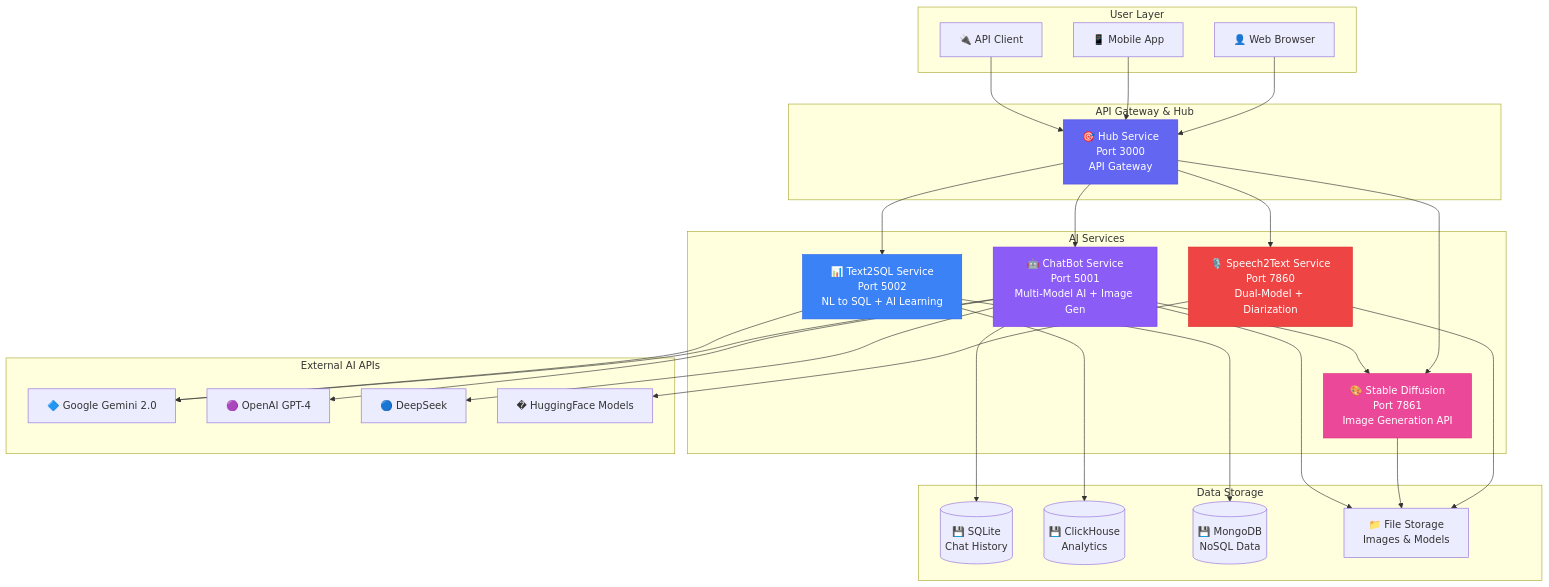
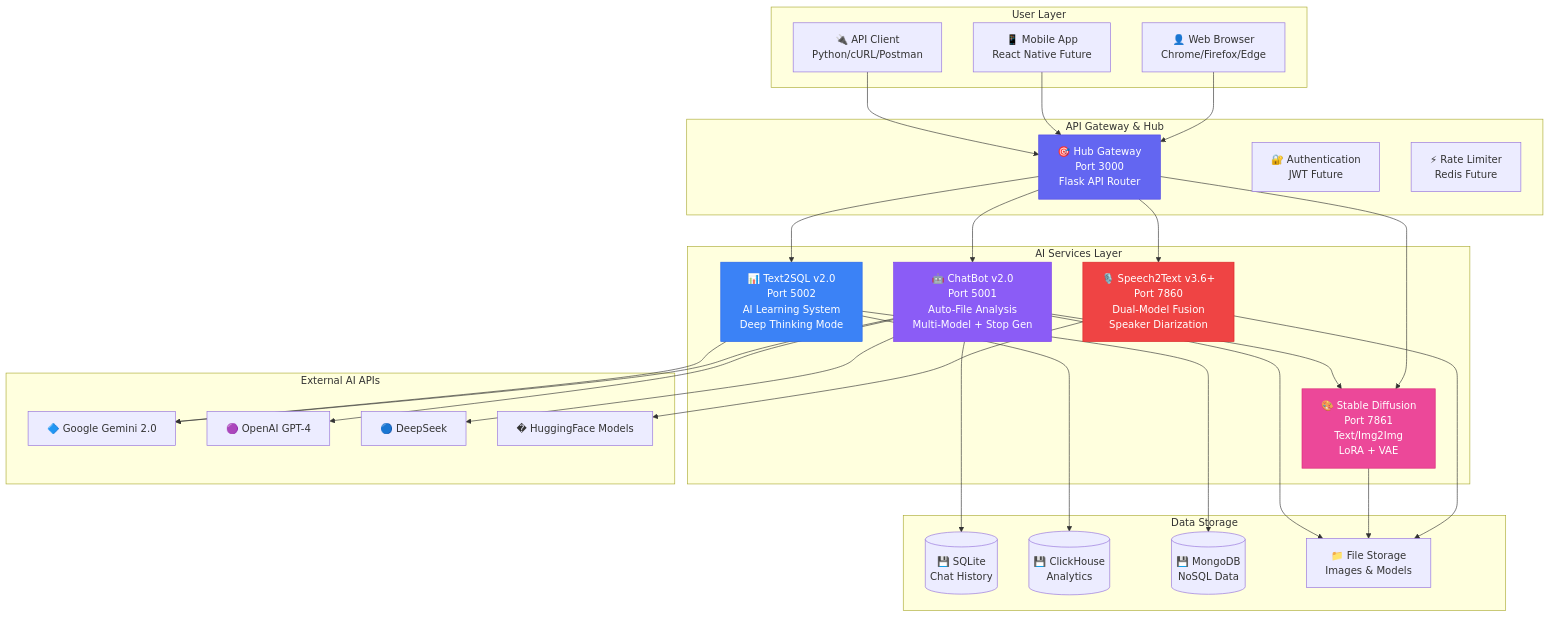
The first of 16 diagrams in README.md (SkastVnT/AI-Assistant), drawn with Mermaid before and after one commit. The commit also changed 3 other files, not shown here.

````diff
--- a/README.md
+++ b/README.md
@@ -147,65 +147,67 @@
 ```mermaid
 graph TB
     subgraph User Layer
-    U1[👤 Web Browser]
-    U2[📱 Mobile App]
-    U3[🔌 API Client]
+    U1[👤 Web Browser<br/>Chrome/Firefox/Edge]
+    U2[📱 Mobile App<br/>React Native Future]
+    U3[🔌 API Client<br/>Python/cURL/Postman]
     end
     
     subgraph API Gateway & Hub
-    HUB[🎯 Hub Service<br/>Port 3000<br/>API Gateway]
+    HUB[🎯 Hub Gateway<br/>Port 3000<br/>Flask API Router]
+    AUTH[🔐 Authentication<br/>JWT Future]
+    LIMIT[⚡ Rate Limiter<br/>Redis Future]
     end
     
-    subgraph AI Services
-    CB[🤖 ChatBot Service<br/>Port 5001<br/>Multi-Model AI + Image Gen]
-    T2S[📊 Text2SQL Service<br/>Port 5002<br/>NL to SQL + AI Learning]
-    S2T[🎙️ Speech2Text Service<br/>Port 7860<br/>Dual-Model + Diarization]
-    SD[🎨 Stable Diffusion<br/>Port 7861<br/>Image Generation API]
+    subgraph AI Services Layer
+    CB[🤖 ChatBot v2.0<br/>Port 5001<br/>Auto-File Analysis<br/>Multi-Model + Stop Gen]
+    T2S[📊 Text2SQL v2.0<br/>Port 5002<br/>AI Learning System<br/>Deep Thinking Mode]
+    S2T[🎙️ Speech2Text v3.6+<br/>Port 7860<br/>Dual-Model Fusion<br/>Speaker Diarization]
+    SD[🎨 Stable Diffusion<br/>Port 7861<br/>Text/Img2Img<br/>LoRA + VAE]
     end
     
     subgraph External AI APIs
     API1[🔷 Google Gemini 2.0]
     API2[🟣 OpenAI GPT-4]
     API3[🔵 DeepSeek]
     API4[� HuggingFace Models]
     end
     
     subgraph Data Storage
     DB1[(💾 SQLite<br/>Chat History)]
     DB2[(💾 ClickHouse<br/>Analytics)]
     DB3[(💾 MongoDB<br/>NoSQL Data)]
     FS[📁 File Storage<br/>Images & Models]
     end
     
     U1 --> HUB
     U2 --> HUB
     U3 --> HUB
     
     HUB --> CB
     HUB --> T2S
     HUB --> S2T
     HUB --> SD
     
     CB --> API1
     CB --> API2
     CB --> API3
     CB --> SD
     
     T2S --> API1
     T2S --> DB2
     T2S --> DB3
     
     S2T --> API4
     S2T --> FS
     
     SD --> FS
     
     CB --> DB1
     CB --> FS
     
     style HUB fill:#6366F1,stroke:#4F46E5,color:#fff
     style CB fill:#8B5CF6,stroke:#7C3AED,color:#fff
     style T2S fill:#3B82F6,stroke:#2563EB,color:#fff
     style S2T fill:#EF4444,stroke:#DC2626,color:#fff
     style SD fill:#EC4899,stroke:#DB2777,color:#fff
 ```
````
